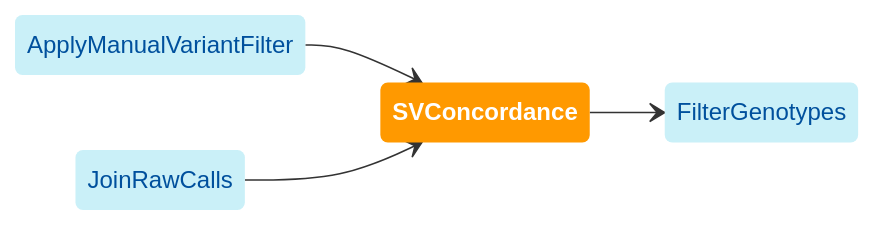
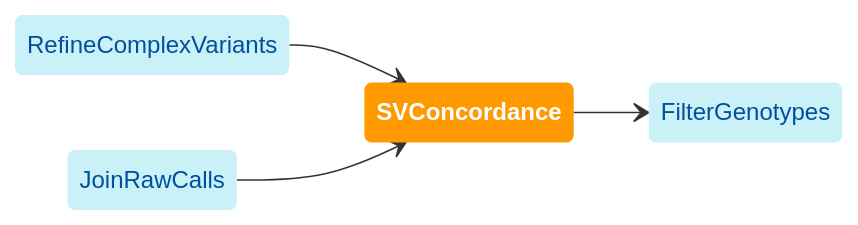
Before and after one commit to broadinstitute/gatk-sv: the diagram in website/docs/modules/concordance.md, drawn with Mermaid. The commit also changed 16 other files, not shown here.

````diff
--- a/website/docs/modules/concordance.md
+++ b/website/docs/modules/concordance.md
@@ -19,22 +19,22 @@
 ```mermaid
 
 stateDiagram
   direction LR
   
   classDef inModules stroke-width:0px,fill:#caf0f8,color:#00509d
   classDef thisModule font-weight:bold,stroke-width:0px,fill:#ff9900,color:white
   classDef outModules stroke-width:0px,fill:#caf0f8,color:#00509d
 
-  amvf: ApplyManualVariantFilter
+  refcv: RefineComplexVariants
   jrc: JoinRawCalls
   svc: SVConcordance
   fg: FilterGenotypes
-  amvf --> svc
+  refcv --> svc
   jrc --> svc
   svc --> fg
   
   class svc thisModule
-  class amvf inModules
+  class refcv inModules
   class jrc inModules
   class fg outModules
 ```
````
